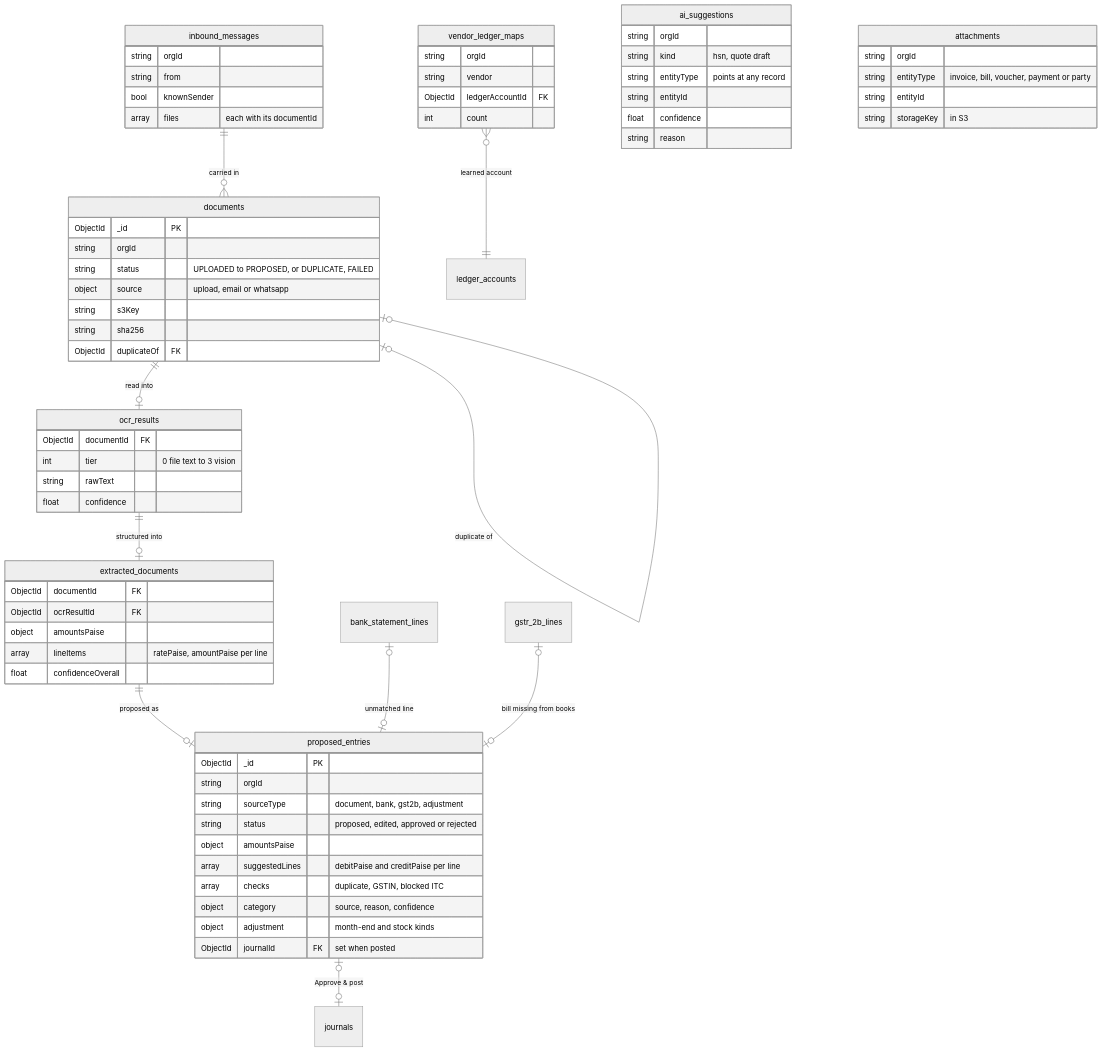
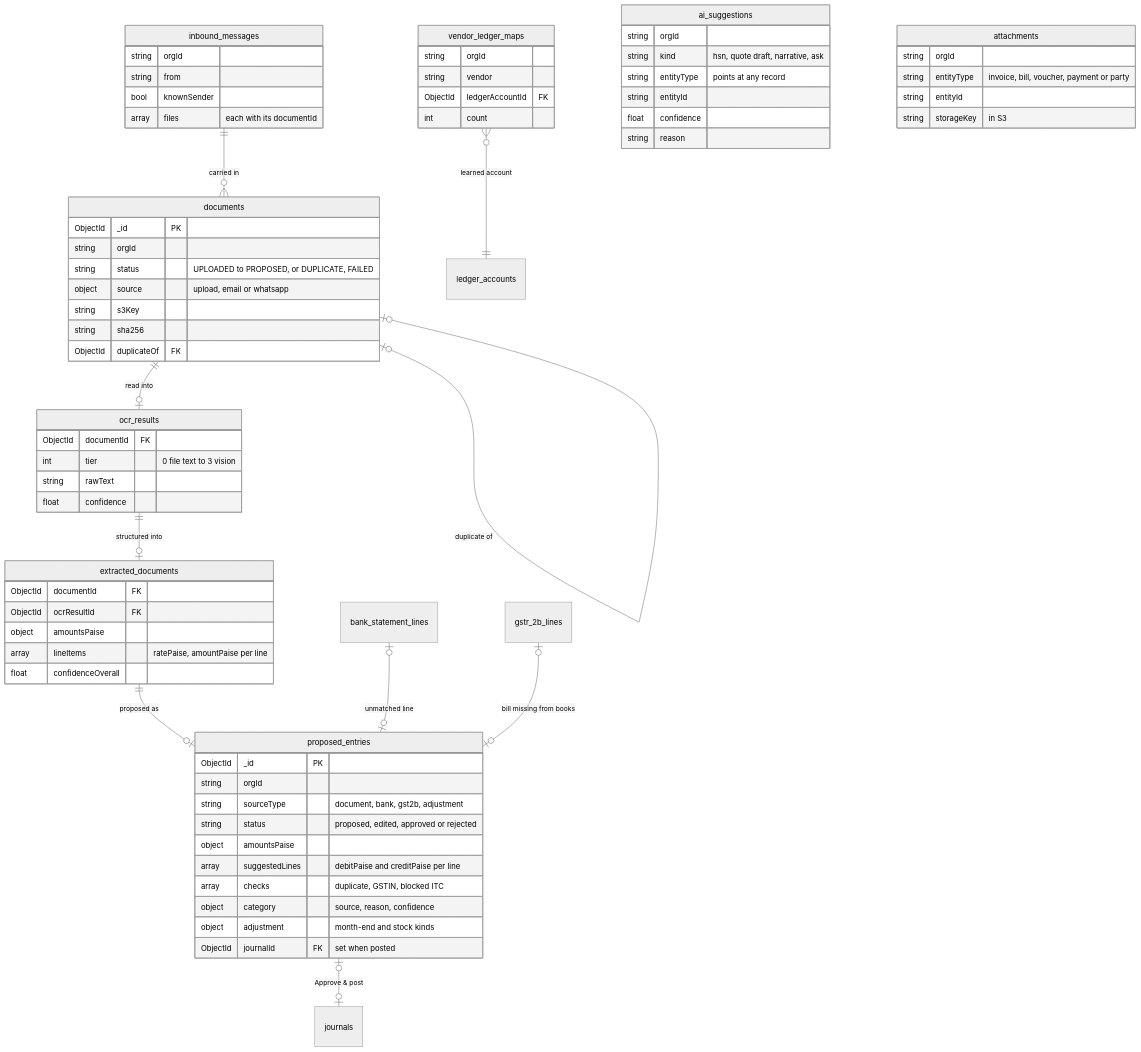
The fifth of 13 diagrams in docs/diagrams/ARCHITECTURE_DIAGRAMS.md (onewebmart/AccountingAI), drawn with Mermaid (neutral theme) before and after one commit. The commit also changed other lines of this file, not shown here.

Commit message:
docs: diagrams show Phase 8 built — budgets and report_schedules in the ledger core, narrative and Ask your books done

````diff
--- a/docs/diagrams/ARCHITECTURE_DIAGRAMS.md
+++ b/docs/diagrams/ARCHITECTURE_DIAGRAMS.md
@@ -416,74 +433,74 @@
 ```mermaid
 erDiagram
   %% Invariant 4: AI output lands in proposed_entries or ai_suggestions, never in journals.
   inbound_messages ||--o{ documents : "carried in"
   documents |o--o| documents : "duplicate of"
   documents ||--o| ocr_results : "read into"
   ocr_results ||--o| extracted_documents : "structured into"
   extracted_documents ||--o| proposed_entries : "proposed as"
   bank_statement_lines |o--o| proposed_entries : "unmatched line"
   gstr_2b_lines |o--o| proposed_entries : "bill missing from books"
   proposed_entries |o--o| journals : "Approve & post"
   vendor_ledger_maps }o--|| ledger_accounts : "learned account"
 
   documents {
     ObjectId _id PK
     string orgId
     string status "UPLOADED to PROPOSED, or DUPLICATE, FAILED"
     object source "upload, email or whatsapp"
     string s3Key
     string sha256
     ObjectId duplicateOf FK
   }
   inbound_messages {
     string orgId
     string from
     bool knownSender
     array files "each with its documentId"
   }
   ocr_results {
     ObjectId documentId FK
     int tier "0 file text to 3 vision"
     string rawText
     float confidence
   }
   extracted_documents {
     ObjectId documentId FK
     ObjectId ocrResultId FK
     object amountsPaise
     array lineItems "ratePaise, amountPaise per line"
     float confidenceOverall
   }
   proposed_entries {
     ObjectId _id PK
     string orgId
     string sourceType "document, bank, gst2b, adjustment"
     string status "proposed, edited, approved or rejected"
     object amountsPaise
     array suggestedLines "debitPaise and creditPaise per line"
     array checks "duplicate, GSTIN, blocked ITC"
     object category "source, reason, confidence"
     object adjustment "month-end and stock kinds"
     ObjectId journalId FK "set when posted"
   }
   vendor_ledger_maps {
     string orgId
     string vendor
     ObjectId ledgerAccountId FK
     int count
   }
   ai_suggestions {
     string orgId
-    string kind "hsn, quote draft"
+    string kind "hsn, quote draft, narrative, ask"
     string entityType "points at any record"
     string entityId
     float confidence
     string reason
   }
   attachments {
     string orgId
     string entityType "invoice, bill, voucher, payment or party"
     string entityId
     string storageKey "in S3"
   }
 ```
````
